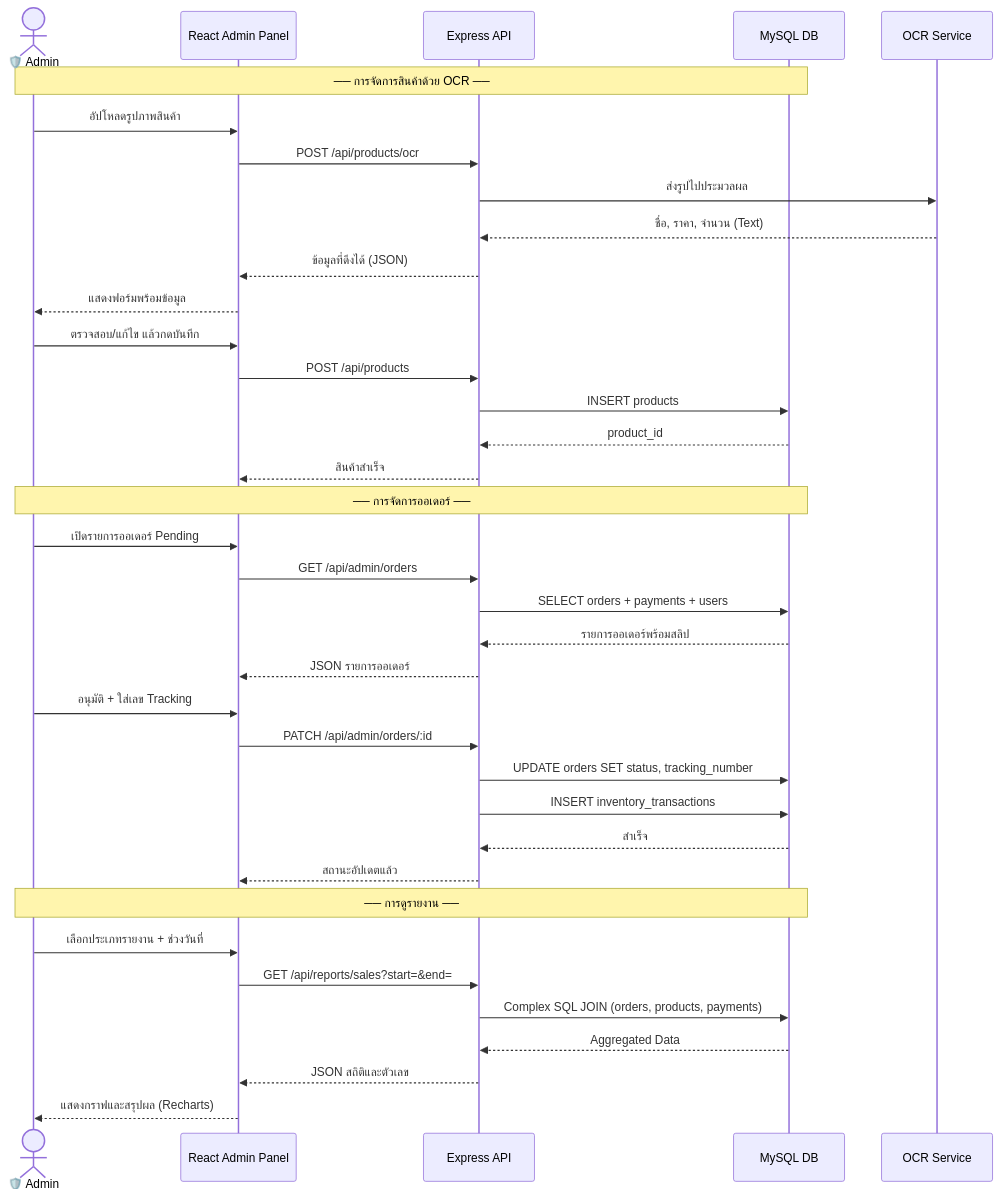
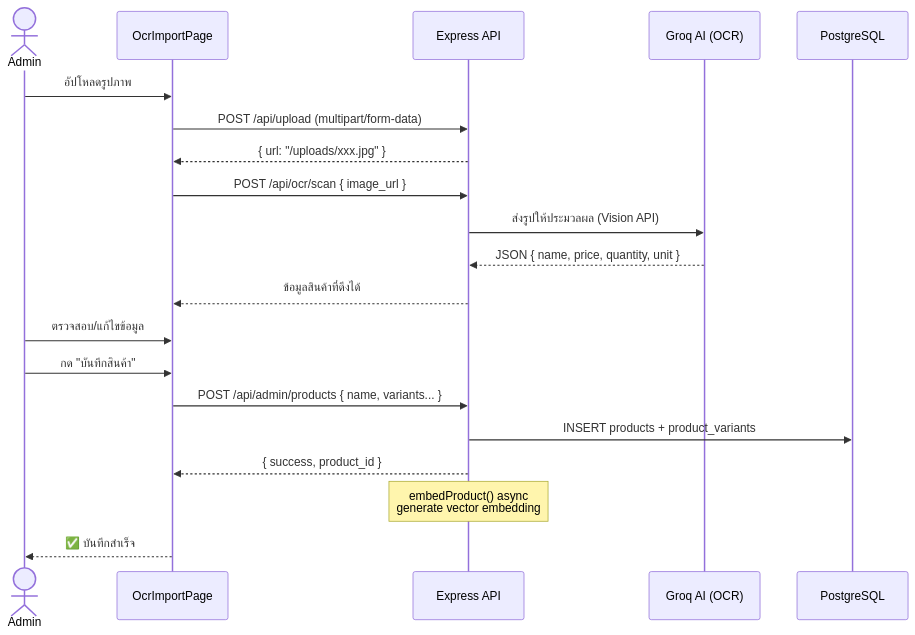
Before and after one commit to max5745/chambot2: diagram 19 of 23 in FLOWCHARTS.md, drawn with Mermaid. The commit also changed other lines of this file and 36 other files, not shown here.

````diff
--- a/FLOWCHARTS.md
+++ b/FLOWCHARTS.md
@@ -266,42 +607,25 @@
 ```mermaid
 sequenceDiagram
-    actor Admin as 🛡️ Admin
-    participant FE as React Admin Panel
+    actor Admin
+    participant FE as OcrImportPage
     participant API as Express API
-    participant DB as MySQL DB
-    participant OCR as OCR Service
+    participant GROQ as Groq AI (OCR)
+    participant DB as PostgreSQL
 
-    Note over Admin,DB: ── การจัดการสินค้าด้วย OCR ──
-    Admin->>FE: อัปโหลดรูปภาพสินค้า
-    FE->>API: POST /api/products/ocr
-    API->>OCR: ส่งรูปไปประมวลผล
-    OCR-->>API: ชื่อ, ราคา, จำนวน (Text)
-    API-->>FE: ข้อมูลที่ดึงได้ (JSON)
-    FE-->>Admin: แสดงฟอร์มพร้อมข้อมูล
-    Admin->>FE: ตรวจสอบ/แก้ไข แล้วกดบันทึก
-    FE->>API: POST /api/products
-    API->>DB: INSERT products
-    DB-->>API: product_id
-    API-->>FE: สินค้าสำเร็จ
+    Admin->>FE: อัปโหลดรูปภาพ
+    FE->>API: POST /api/upload (multipart/form-data)
+    API-->>FE: { url: "/uploads/xxx.jpg" }
 
-    Note over Admin,DB: ── การจัดการออเดอร์ ──
-    Admin->>FE: เปิดรายการออเดอร์ Pending
-    FE->>API: GET /api/admin/orders
-    API->>DB: SELECT orders + payments + users
-    DB-->>API: รายการออเดอร์พร้อมสลิป
-    API-->>FE: JSON รายการออเดอร์
-    Admin->>FE: อนุมัติ + ใส่เลข Tracking
-    FE->>API: PATCH /api/admin/orders/:id
-    API->>DB: UPDATE orders SET status, tracking_number
-    API->>DB: INSERT inventory_transactions
-    DB-->>API: สำเร็จ
-    API-->>FE: สถานะอัปเดตแล้ว
+    FE->>API: POST /api/ocr/scan { image_url }
+    API->>GROQ: ส่งรูปให้ประมวลผล (Vision API)
+    GROQ-->>API: JSON { name, price, quantity, unit }
+    API-->>FE: ข้อมูลสินค้าที่ดึงได้
 
-    Note over Admin,DB: ── การดูรายงาน ──
-    Admin->>FE: เลือกประเภทรายงาน + ช่วงวันที่
-    FE->>API: GET /api/reports/sales?start=&end=
-    API->>DB: Complex SQL JOIN (orders, products, payments)
-    DB-->>API: Aggregated Data
-    API-->>FE: JSON สถิติและตัวเลข
-    FE-->>Admin: แสดงกราฟและสรุปผล (Recharts)
+    Admin->>FE: ตรวจสอบ/แก้ไขข้อมูล
+    Admin->>FE: กด "บันทึกสินค้า"
+    FE->>API: POST /api/admin/products { name, variants... }
+    API->>DB: INSERT products + product_variants
+    API-->>FE: { success, product_id }
+    Note over API: embedProduct() async<br/>generate vector embedding
+    FE-->>Admin: ✅ บันทึกสำเร็จ
 ```
````
